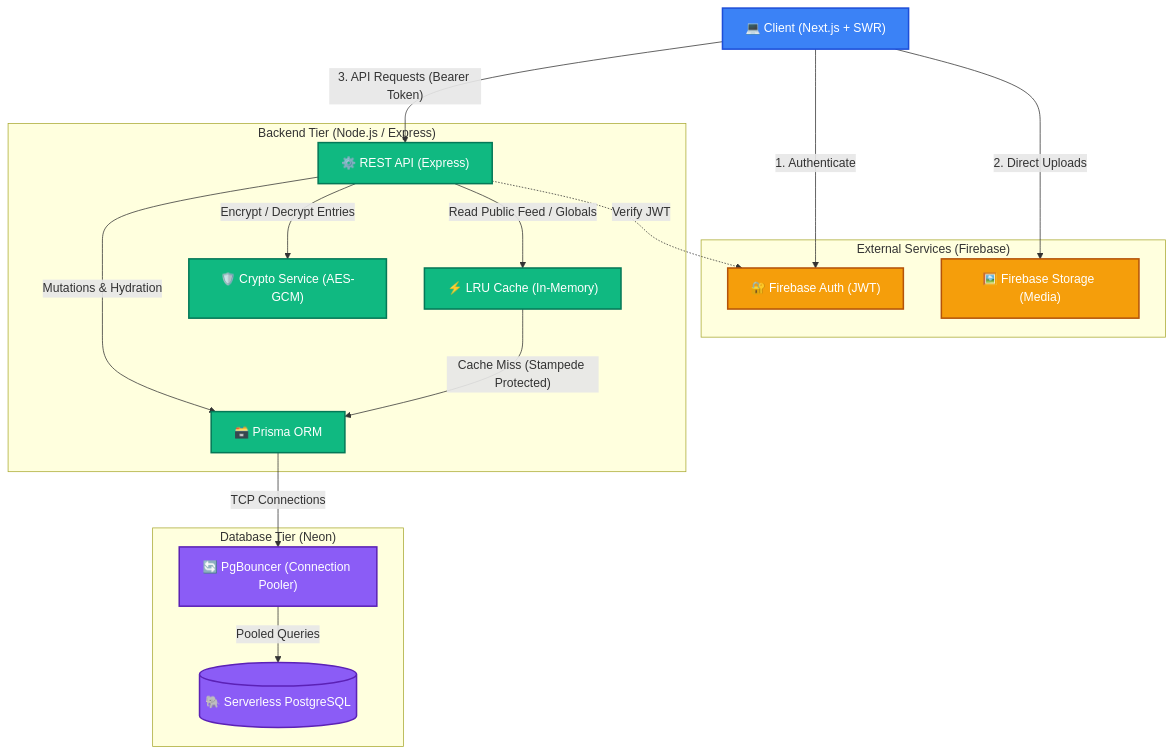
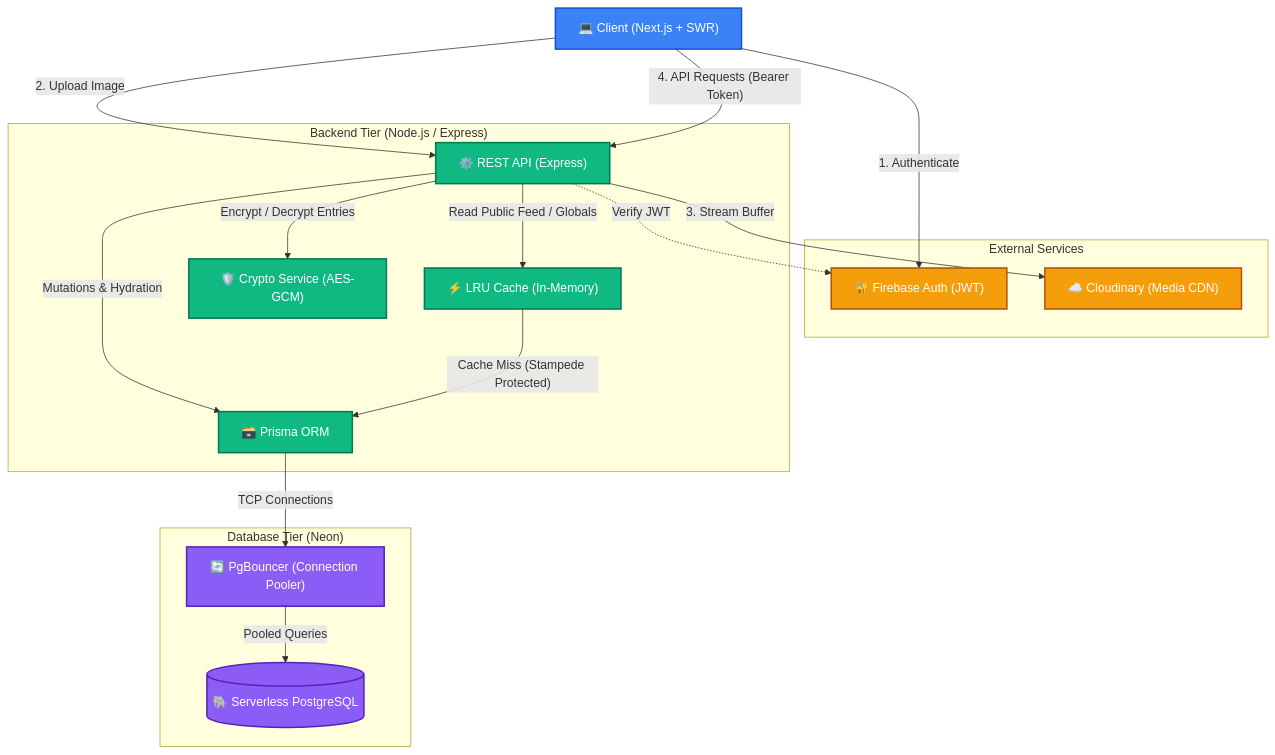
Before and after one commit to ladane-lab/DailyDiary: the diagram in hld_system_design.md, drawn with Mermaid. The commit also changed other lines of this file, not shown here.

Commit message:
docs: update HLD system design with Cloudinary media storage architecture

````diff
--- a/hld_system_design.md
+++ b/hld_system_design.md
@@ -5,43 +5,44 @@
 ```mermaid
 graph TD
     %% Define styles
     classDef frontend fill:#3b82f6,stroke:#1d4ed8,stroke-width:2px,color:#fff;
     classDef backend fill:#10b981,stroke:#047857,stroke-width:2px,color:#fff;
     classDef database fill:#8b5cf6,stroke:#5b21b6,stroke-width:2px,color:#fff;
     classDef external fill:#f59e0b,stroke:#b45309,stroke-width:2px,color:#fff;
 
     %% Nodes
     Client["💻 Client (Next.js + SWR)"]:::frontend
     
-    subgraph "External Services (Firebase)"
+    subgraph "External Services"
         Auth["🔐 Firebase Auth (JWT)"]:::external
-        Storage["🖼️ Firebase Storage (Media)"]:::external
+        Media["☁️ Cloudinary (Media CDN)"]:::external
     end
     
     subgraph "Backend Tier (Node.js / Express)"
         API["⚙️ REST API (Express)"]:::backend
         Cache["⚡ LRU Cache (In-Memory)"]:::backend
         Crypto["🛡️ Crypto Service (AES-GCM)"]:::backend
         ORM["🗃️ Prisma ORM"]:::backend
     end
     
     subgraph "Database Tier (Neon)"
         Pooler["🔄 PgBouncer (Connection Pooler)"]:::database
         DB[("🐘 Serverless PostgreSQL")]:::database
     end
 
     %% Connections
     Client -- "1. Authenticate" --> Auth
-    Client -- "2. Direct Uploads" --> Storage
-    Client -- "3. API Requests (Bearer Token)" --> API
+    Client -- "2. Upload Image" --> API
+    API -- "3. Stream Buffer" --> Media
+    Client -- "4. API Requests (Bearer Token)" --> API
     
     API -. "Verify JWT" .-> Auth
     API -- "Encrypt / Decrypt Entries" --> Crypto
     API -- "Read Public Feed / Globals" --> Cache
     API -- "Mutations & Hydration" --> ORM
     
     Cache -- "Cache Miss (Stampede Protected)" --> ORM
     
     ORM -- "TCP Connections" --> Pooler
     Pooler -- "Pooled Queries" --> DB
 ```
````
